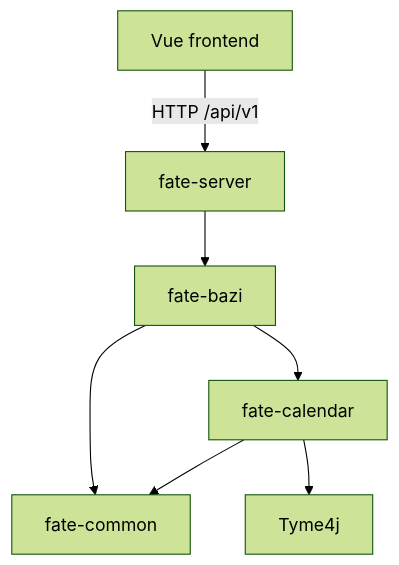
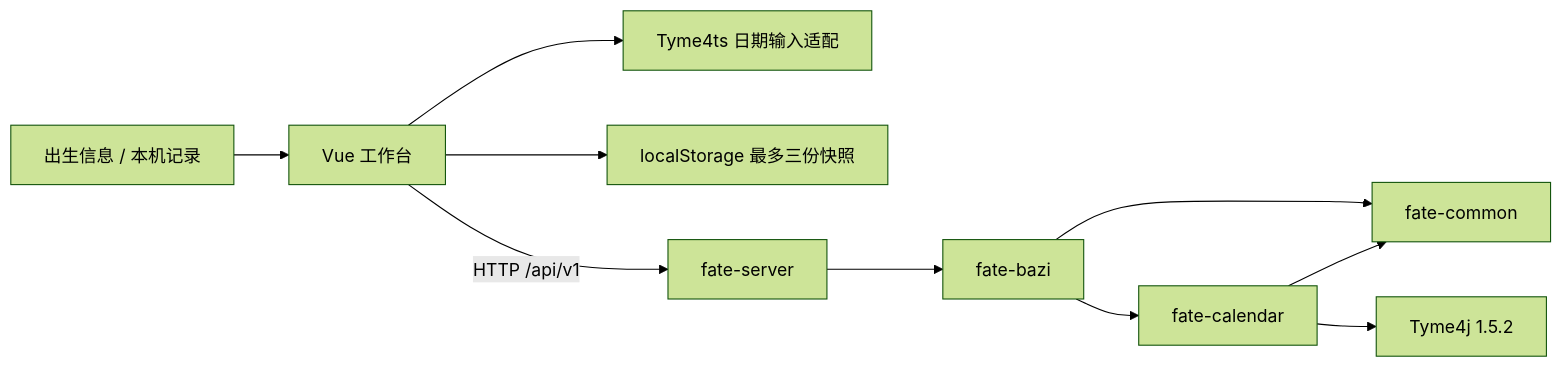
One commit to daimubai/fate-stay-research changed the first of 3 diagrams in docs/architecture/README.md. Above: the diagram before and after it, drawn with Mermaid (forest theme). The commit also changed other lines of this file and 28 other files, not shown here.

````diff
--- a/docs/architecture/README.md
+++ b/docs/architecture/README.md
@@ -5,9 +9,12 @@
 ```mermaid
-flowchart TD
-    UI[Vue frontend] -- HTTP /api/v1 --> Server[fate-server]
+flowchart LR
+    User[出生信息 / 本机记录] --> UI[Vue 工作台]
+    UI --> Picker[Tyme4ts 日期输入适配]
+    UI --> Local[localStorage 最多三份快照]
+    UI -->|HTTP /api/v1| Server[fate-server]
     Server --> Bazi[fate-bazi]
     Bazi --> Calendar[fate-calendar]
     Bazi --> Common[fate-common]
     Calendar --> Common
-    Calendar --> Tyme[Tyme4j]
+    Calendar --> Tyme[Tyme4j 1.5.2]
 ```
````
